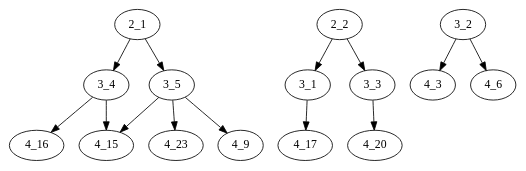
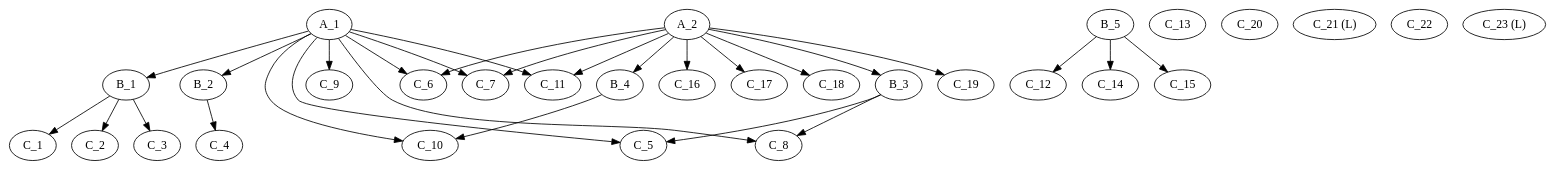
One commit to begriffs/semiquandle changed the diagram in embedding-tree.dot. Above: the diagram before and after it, drawn with Graphviz. The commit also changed 4 other files, not shown here.

```diff
--- a/embedding-tree.dot
+++ b/embedding-tree.dot
@@ -1,18 +1,48 @@
 digraph Embedding {
 
-	"2_1" -> "3_4";
-	"2_1" -> "3_5";
-	"2_2" -> "3_1";
-	"2_2" -> "3_3";
-	         "3_2";
+	"A_1" -> "B_1";
+	"A_1" -> "B_2";
+	"A_2" -> "B_3";
+	"A_2" -> "B_4";
+	         "B_5";
 
-	"3_5" -> "4_23";
-	"3_3" -> "4_20";
-	"3_4" -> "4_16";
-	"3_1" -> "4_17";
-	"3_5" -> "4_15";
-	"3_2" -> "4_3";
-	"3_2" -> "4_6";
-	"3_5" -> "4_9";
-	"3_4" -> "4_15";
+	"A_1" -> "C_5";
+	"A_1" -> "C_6";
+	"A_1" -> "C_7";
+	"A_1" -> "C_8";
+	"A_1" -> "C_9";
+	"A_1" -> "C_10";
+	"A_1" -> "C_11";
+	"A_2" -> "C_6";
+	"A_2" -> "C_7";
+	"A_2" -> "C_11";
+	"A_2" -> "C_16";
+	"A_2" -> "C_17";
+	"A_2" -> "C_18";
+	"A_2" -> "C_19";
+
+	"B_1" -> "C_1";
+	"B_1" -> "C_2";
+	"B_1" -> "C_3";
+	"B_2" -> "C_4";
+	"B_3" -> "C_5";
+	"B_3" -> "C_8";
+	"B_4" -> "C_10";
+	"B_5" -> "C_12";
+	"B_5" -> "C_14";
+	"B_5" -> "C_15";
+
+	         "C_6";
+	         "C_7";
+	         "C_9";
+	         "C_11";
+	         "C_13";
+	         "C_16";
+	         "C_17";
+	         "C_18";
+	         "C_19";
+	         "C_20";
+	         "C_21 (L)";
+	         "C_22";
+	         "C_23 (L)";
 }
```
